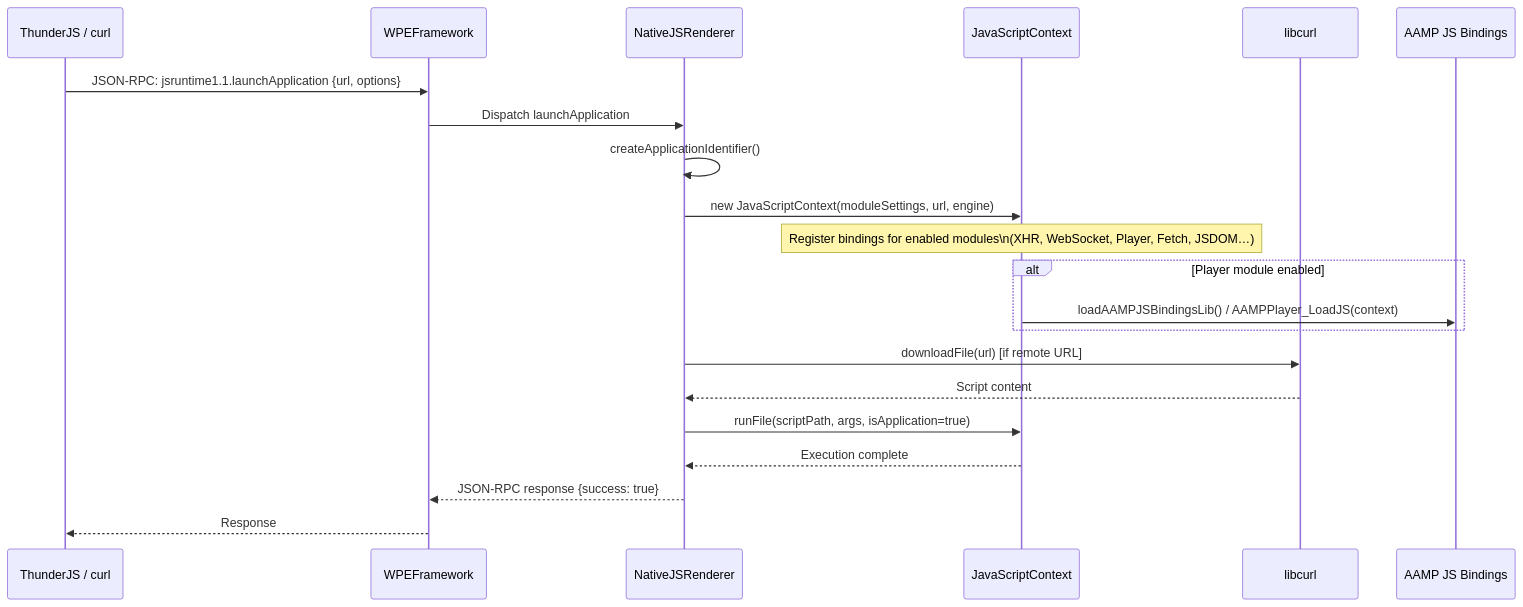
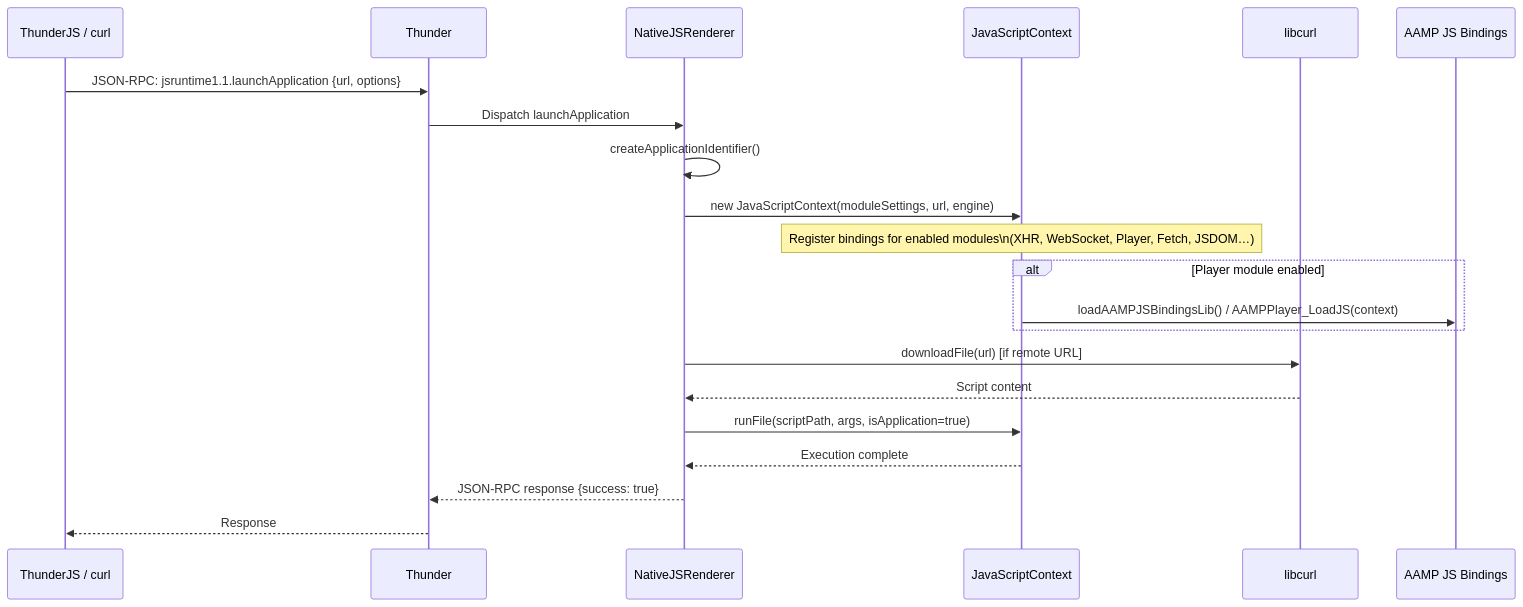
Before and after one commit to rns21/RDK_Documentation: the fifth of 6 diagrams in docs/docu/RDKV-Documentations/rdkNativescript.md, drawn with Mermaid. The commit also changed other lines of this file, not shown here.

````diff
--- a/docs/docu/RDKV-Documentations/rdkNativescript.md
+++ b/docs/docu/RDKV-Documentations/rdkNativescript.md
@@ -221,24 +229,24 @@
 ```mermaid
 sequenceDiagram
     participant Client as ThunderJS / curl
-    participant Thunder as WPEFramework
+    participant Thunder as Thunder
     participant NR as NativeJSRenderer
     participant CTX as JavaScriptContext
     participant CURL as libcurl
     participant AAMP as AAMP JS Bindings
 
     Client->>Thunder: JSON-RPC: jsruntime1.1.launchApplication {url, options}
     Thunder->>NR: Dispatch launchApplication
     NR->>NR: createApplicationIdentifier()
     NR->>CTX: new JavaScriptContext(moduleSettings, url, engine)
     Note over CTX: Register bindings for enabled modules\n(XHR, WebSocket, Player, Fetch, JSDOM…)
     alt Player module enabled
         CTX->>AAMP: loadAAMPJSBindingsLib() / AAMPPlayer_LoadJS(context)
     end
     NR->>CURL: downloadFile(url) [if remote URL]
     CURL-->>NR: Script content
     NR->>CTX: runFile(scriptPath, args, isApplication=true)
     CTX-->>NR: Execution complete
     NR-->>Thunder: JSON-RPC response {success: true}
     Thunder-->>Client: Response
 ```
````
